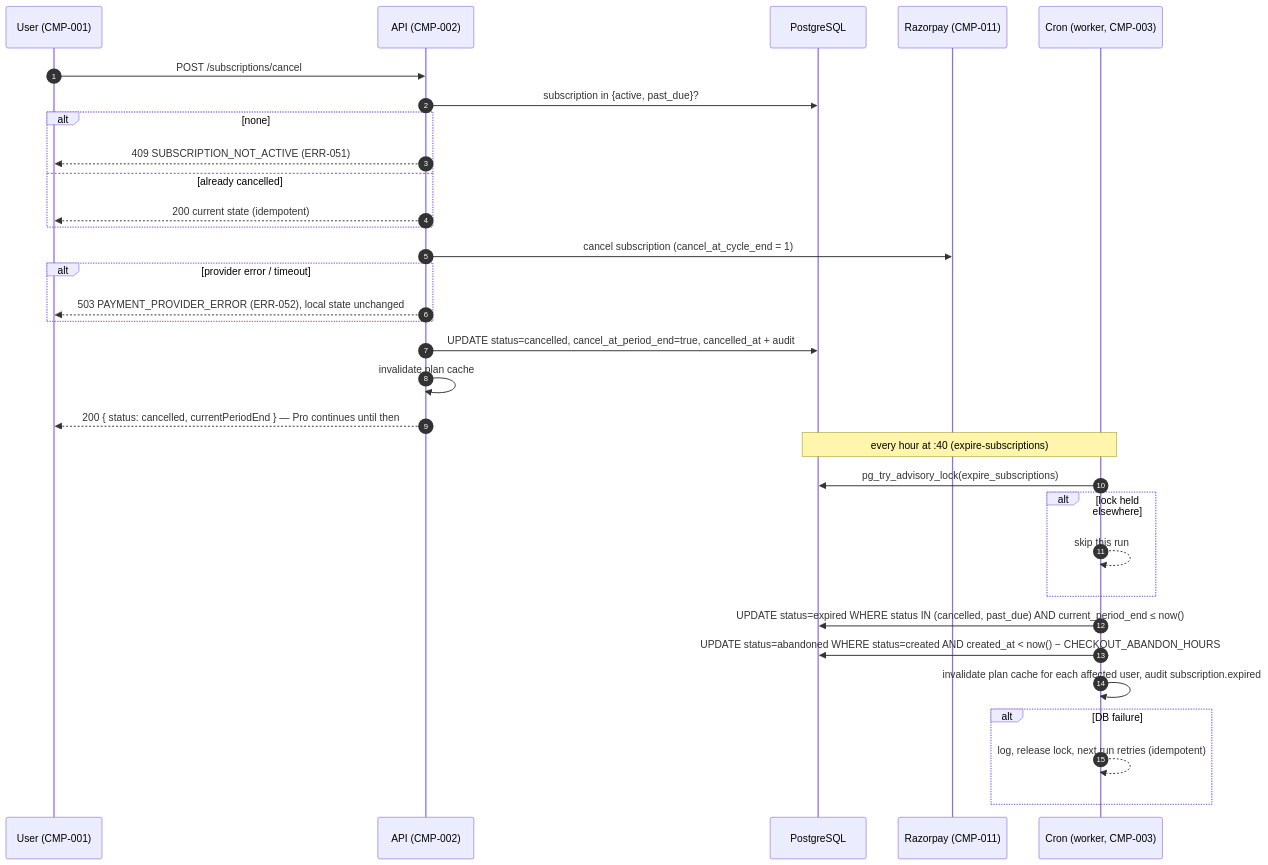
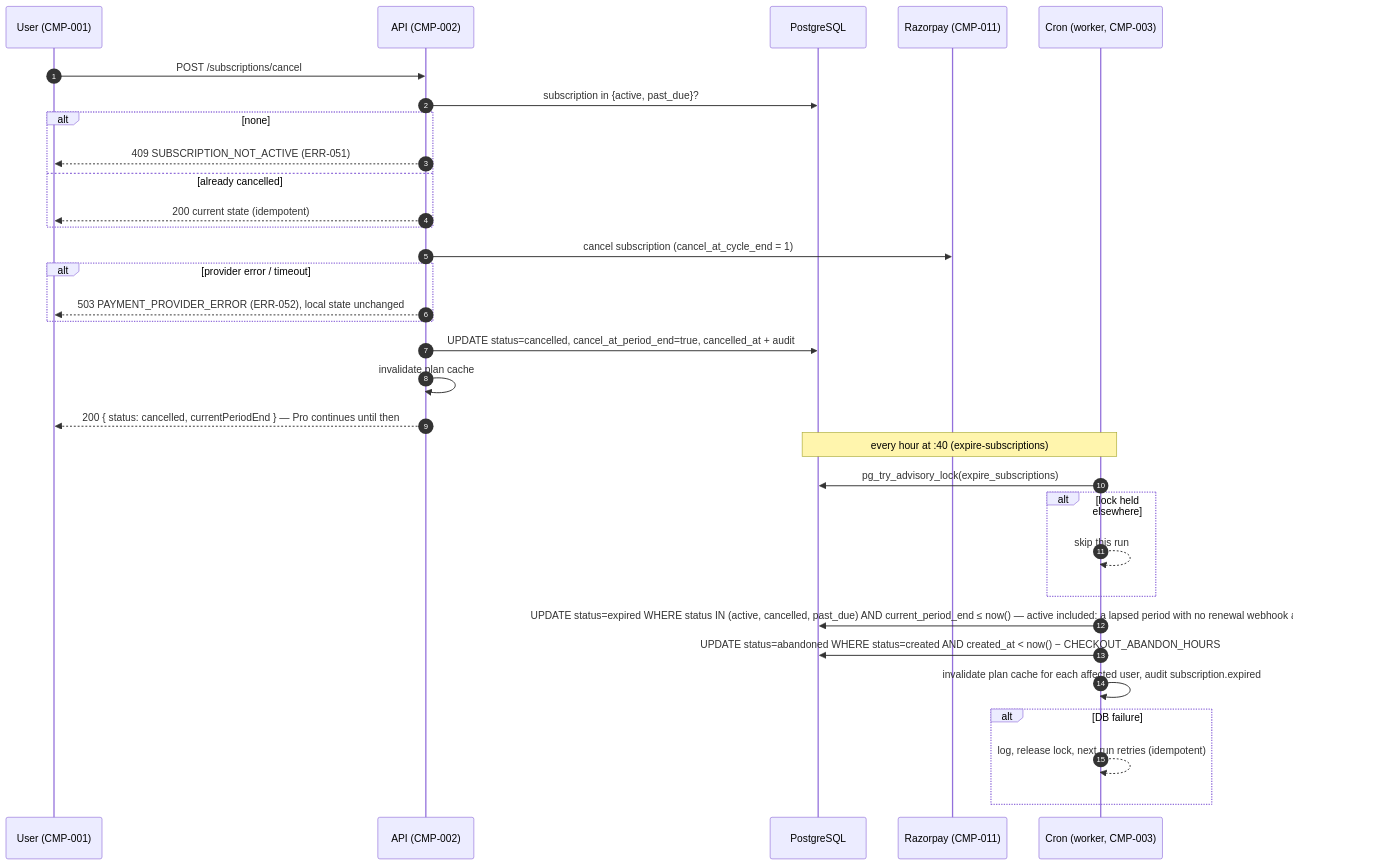
Before and after one commit to divii-school/spec-homework: the tenth of 12 diagrams in sandip/spec.md, drawn with Mermaid. The commit also changed other lines of this file and 1 other file, not shown here.

````diff
--- a/sandip/spec.md
+++ b/sandip/spec.md
@@ -898,34 +899,34 @@
 ```mermaid
 sequenceDiagram
   autonumber
   participant U as User (CMP-001)
   participant A as API (CMP-002)
   participant P as PostgreSQL
   participant R as Razorpay (CMP-011)
   participant C as Cron (worker, CMP-003)
   U->>A: POST /subscriptions/cancel
   A->>P: subscription in {active, past_due}?
   alt none
     A-->>U: 409 SUBSCRIPTION_NOT_ACTIVE (ERR-051)
   else already cancelled
     A-->>U: 200 current state (idempotent)
   end
   A->>R: cancel subscription (cancel_at_cycle_end = 1)
   alt provider error / timeout
     A-->>U: 503 PAYMENT_PROVIDER_ERROR (ERR-052), local state unchanged
   end
   A->>P: UPDATE status=cancelled, cancel_at_period_end=true, cancelled_at + audit
   A->>A: invalidate plan cache
   A-->>U: 200 { status: cancelled, currentPeriodEnd } — Pro continues until then
   Note over C,P: every hour at :40 (expire-subscriptions)
   C->>P: pg_try_advisory_lock(expire_subscriptions)
   alt lock held elsewhere
     C-->>C: skip this run
   end
-  C->>P: UPDATE status=expired WHERE status IN (cancelled, past_due) AND current_period_end ≤ now()
+  C->>P: UPDATE status=expired WHERE status IN (active, cancelled, past_due) AND current_period_end ≤ now() — active included: a lapsed period with no renewal webhook also expires (BR-018)
   C->>P: UPDATE status=abandoned WHERE status=created AND created_at < now() − CHECKOUT_ABANDON_HOURS
   C->>C: invalidate plan cache for each affected user, audit subscription.expired
   alt DB failure
     C-->>C: log, release lock, next run retries (idempotent)
   end
 ```
````
